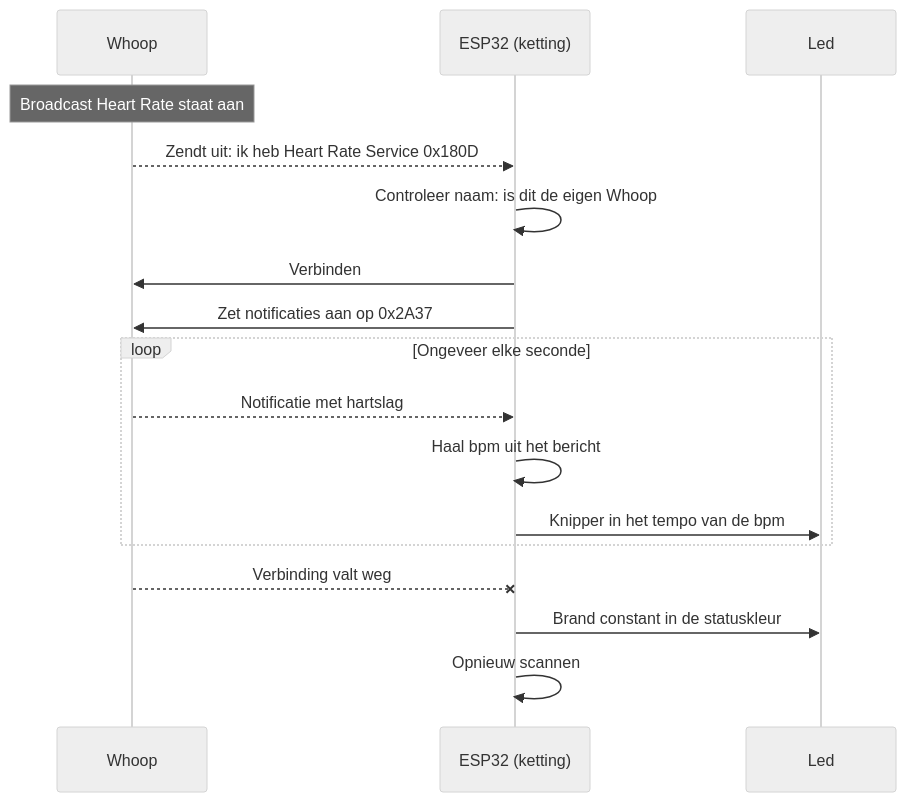
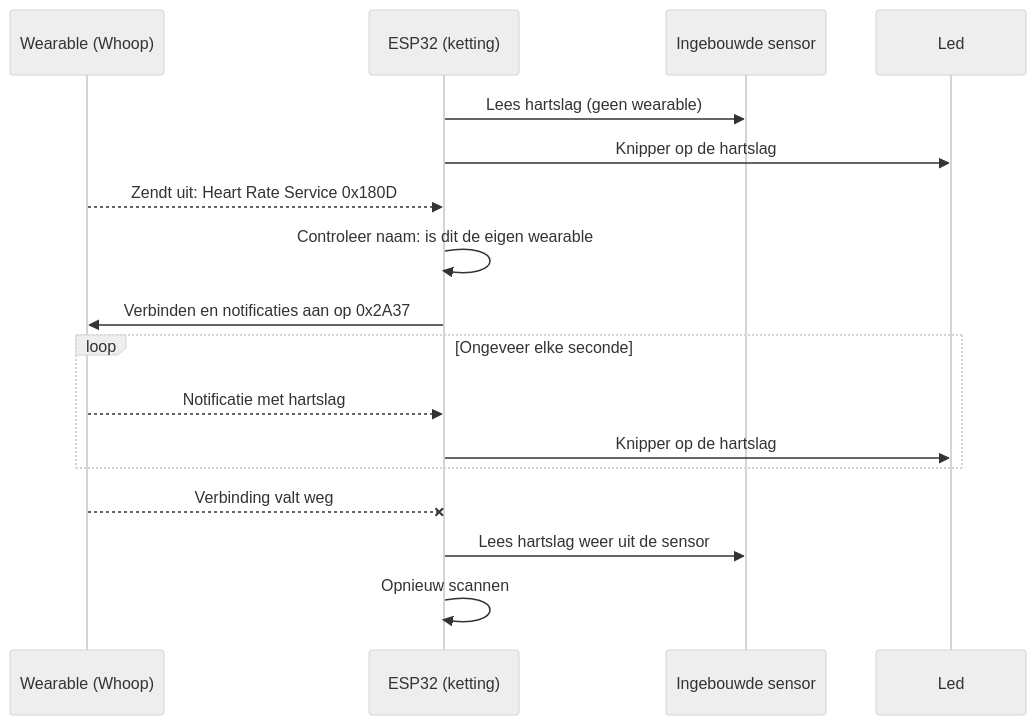
One commit to osamalasmi/hartketting-013 changed the first of 5 diagrams in docs/ontwerp.md. Above: the diagram before and after it, drawn with Mermaid (neutral theme). The commit also changed other lines of this file and 2 other files, not shown here.

````diff
--- a/docs/ontwerp.md
+++ b/docs/ontwerp.md
@@ -76,20 +119,20 @@
 ```mermaid
 sequenceDiagram
-    participant W as Whoop
+    participant W as Wearable (Whoop)
     participant E as ESP32 (ketting)
+    participant S as Ingebouwde sensor
     participant L as Led
 
-    Note over W: Broadcast Heart Rate staat aan
-    W-->>E: Zendt uit: ik heb Heart Rate Service 0x180D
-    E->>E: Controleer naam: is dit de eigen Whoop
-    E->>W: Verbinden
-    E->>W: Zet notificaties aan op 0x2A37
+    E->>S: Lees hartslag (geen wearable)
+    E->>L: Knipper op de hartslag
+    W-->>E: Zendt uit: Heart Rate Service 0x180D
+    E->>E: Controleer naam: is dit de eigen wearable
+    E->>W: Verbinden en notificaties aan op 0x2A37
     loop Ongeveer elke seconde
         W-->>E: Notificatie met hartslag
-        E->>E: Haal bpm uit het bericht
-        E->>L: Knipper in het tempo van de bpm
+        E->>L: Knipper op de hartslag
     end
     W--xE: Verbinding valt weg
-    E->>L: Brand constant in de statuskleur
+    E->>S: Lees hartslag weer uit de sensor
     E->>E: Opnieuw scannen
 ```
````
